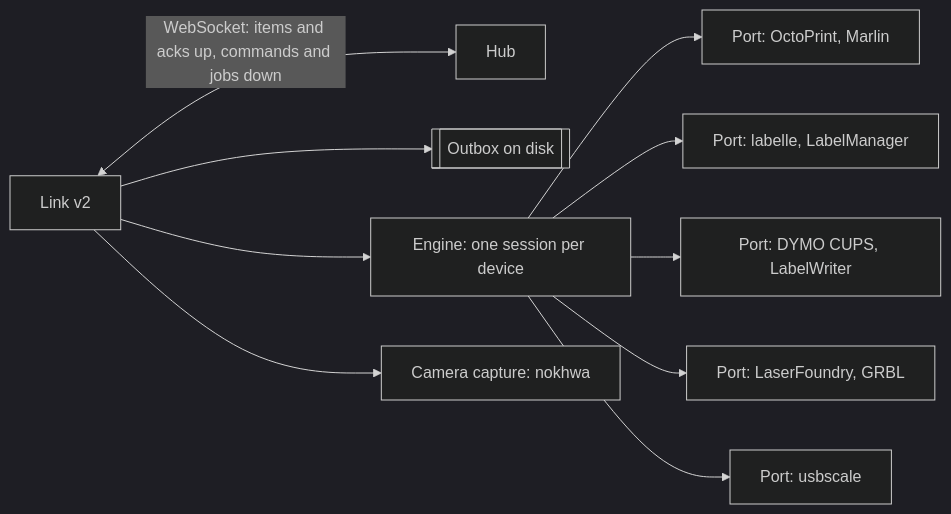
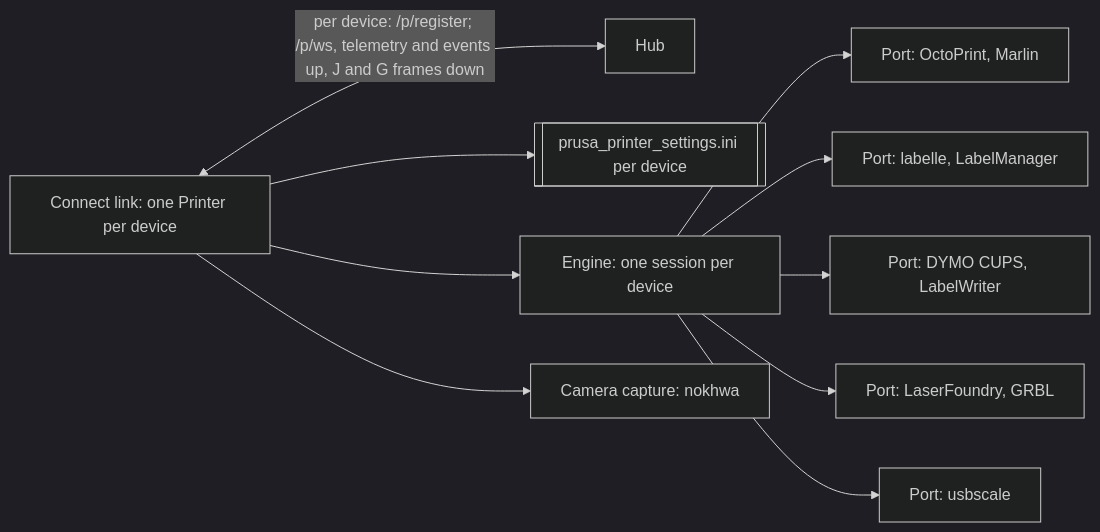
One commit to CuriousTimo/Maker-Connect changed the diagram in docs/design/processes.md. Above: the diagram before and after it, drawn with Mermaid (dark theme). The commit also changed other lines of this file and 12 other files, not shown here.

First line of the commit message:
design: the agent link is the Prusa Connect printer protocol

````diff
--- a/docs/design/processes.md
+++ b/docs/design/processes.md
@@ -65,22 +64,22 @@
 ```mermaid
 flowchart LR
   hub["Hub"]
-  link["Link v2"]
-  out[["Outbox on disk"]]
+  link["Connect link: one Printer per device"]
+  ini[["prusa_printer_settings.ini per device"]]
   eng["Engine: one session per device"]
   p1["Port: OctoPrint, Marlin"]
   p2["Port: labelle, LabelManager"]
   p3["Port: DYMO CUPS, LabelWriter"]
   p4["Port: LaserFoundry, GRBL"]
   p5["Port: usbscale"]
   c1["Camera capture: nokhwa"]
-  link <-->|"WebSocket: items and acks up, commands and jobs down"| hub
-  link --> out
+  link <-->|"per device: /p/register; /p/ws, telemetry and events up, J and G frames down"| hub
+  link --> ini
   link --> eng
   eng --> p1
   eng --> p2
   eng --> p3
   eng --> p4
   eng --> p5
   link --> c1
 ```
````
